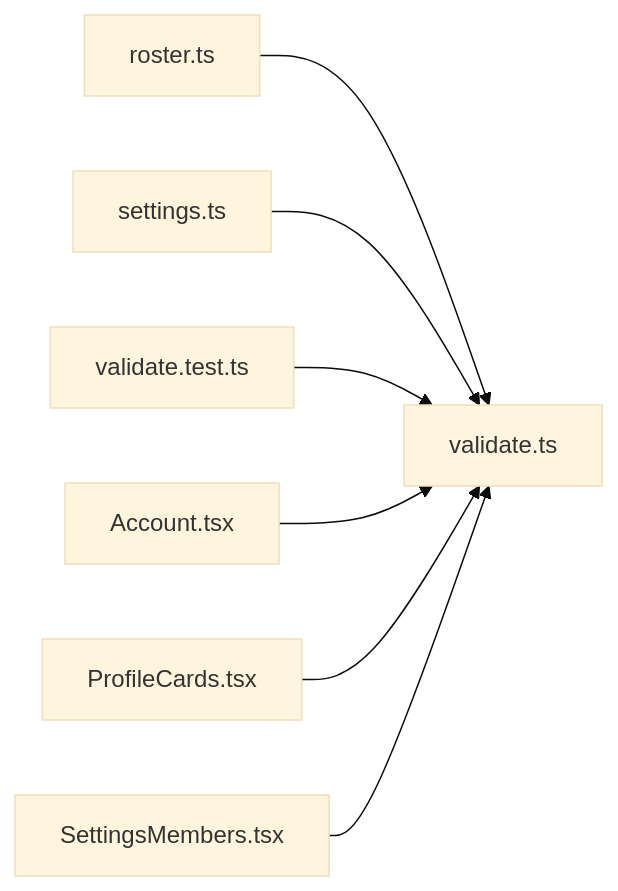
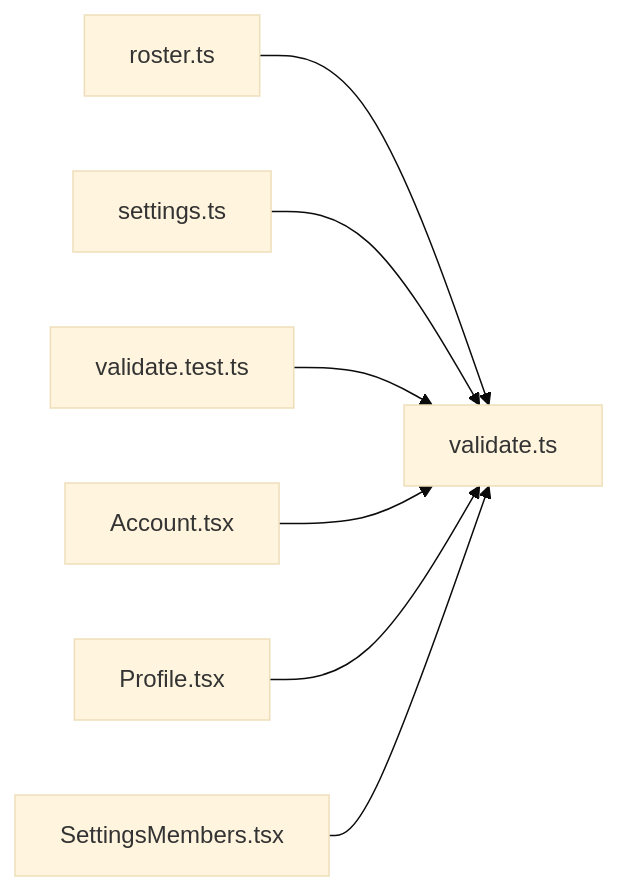
The diagram in .cluedoc/graph/frontend/src/lib/validate.md (minkong-dev/Banblit), drawn with Mermaid (base theme) before and after one commit. The commit also changed other lines of this file and 78 other files, not shown here.

Commit message:
frontend: merge single-function files into Board, Profile, Search, controls, loading and pipeline

````diff
--- a/.cluedoc/graph/frontend/src/lib/validate.md
+++ b/.cluedoc/graph/frontend/src/lib/validate.md
@@ -10,10 +10,10 @@
 ```mermaid
 flowchart LR
   frontend_src_lib_validate["validate.ts"]
   frontend_src_lib_roster["roster.ts"] --> frontend_src_lib_validate
   frontend_src_lib_settings["settings.ts"] --> frontend_src_lib_validate
   frontend_src_lib_validate_test["validate.test.ts"] --> frontend_src_lib_validate
   frontend_src_routes_Account["Account.tsx"] --> frontend_src_lib_validate
-  frontend_src_routes_ProfileCards["ProfileCards.tsx"] --> frontend_src_lib_validate
+  frontend_src_routes_Profile["Profile.tsx"] --> frontend_src_lib_validate
   frontend_src_routes_SettingsMembers["SettingsMembers.tsx"] --> frontend_src_lib_validate
 ```
````
